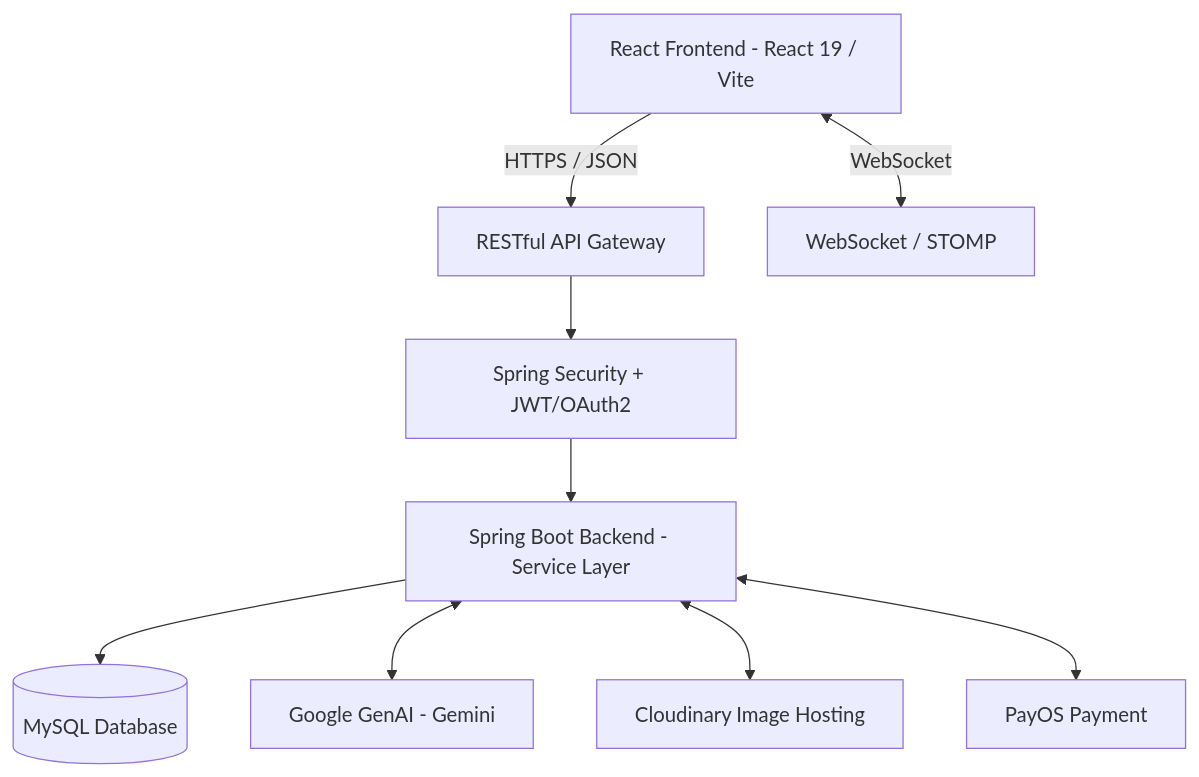
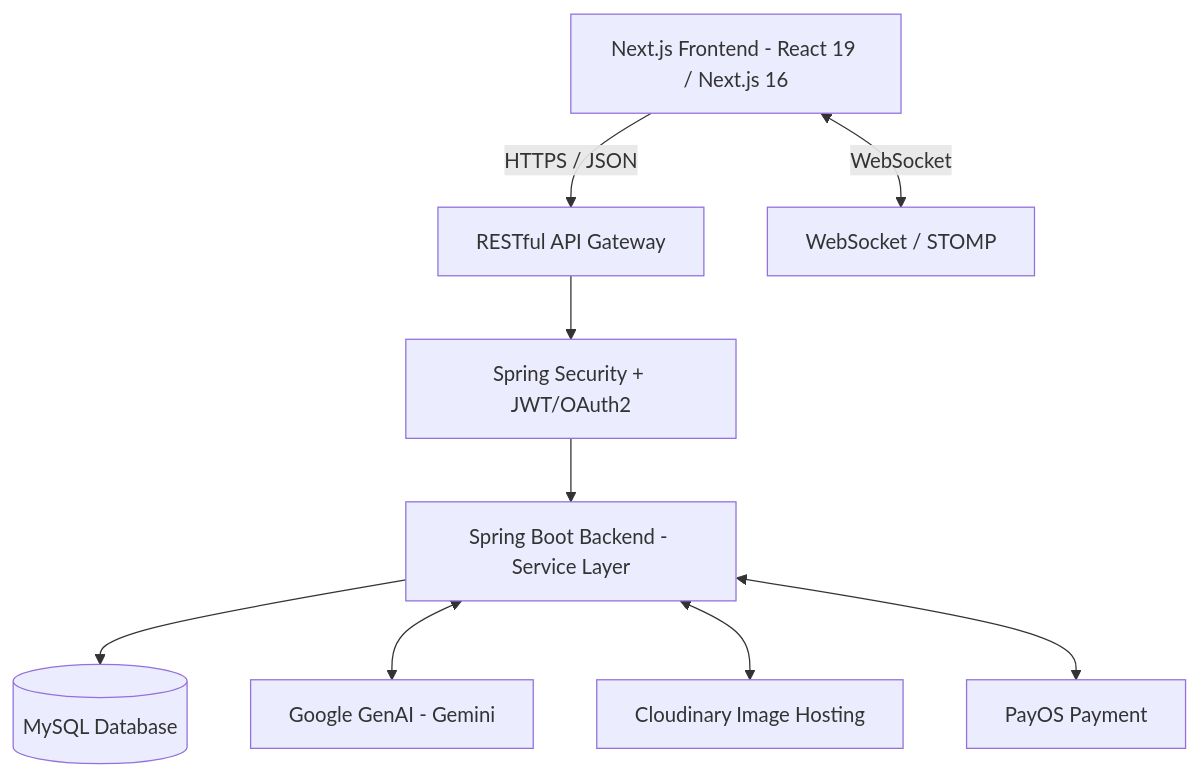
The diagram in README.md (VuxDucGiang/Planora), drawn with Mermaid before and after one commit. The commit also changed other lines of this file, not shown here.

````diff
--- a/README.md
+++ b/README.md
@@ -56,24 +55,24 @@
 ```mermaid
 graph TD
-    Client[React Frontend - React 19 / Vite]
+    Client[Next.js Frontend - React 19 / Next.js 16]
     API[RESTful API Gateway]
     Security[Spring Security + JWT/OAuth2]
     Service[Spring Boot Backend - Service Layer]
     DB[(MySQL Database)]
     
     %% External Services %%
     GenAI[Google GenAI - Gemini]
     Cloudinary[Cloudinary Image Hosting]
     PayOS[PayOS Payment]
     WS[WebSocket / STOMP]
 
     Client -->|HTTPS / JSON| API
     Client <-->|WebSocket| WS
     API --> Security
     Security --> Service
     Service --> DB
     
     Service <--> GenAI
     Service <--> Cloudinary
     Service <--> PayOS
 ```
````
